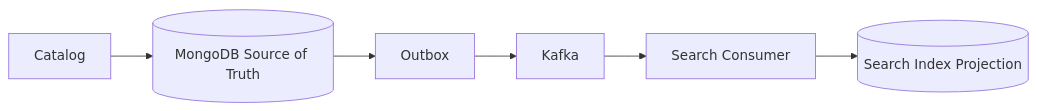
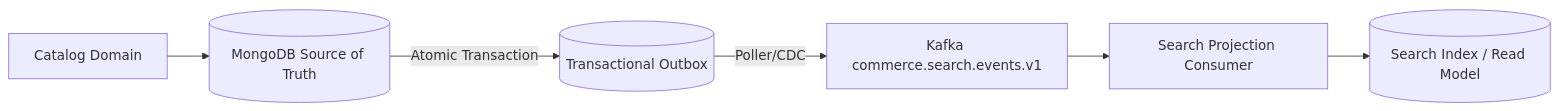
The second of 4 diagrams in docs/search/overview.md (shashikunal/rest-ecommerce-api), drawn with Mermaid before and after one commit. The commit also changed other lines of this file and 25 other files, not shown here.

````diff
--- a/docs/search/overview.md
+++ b/docs/search/overview.md
@@ -12,4 +52,8 @@
 ```mermaid
 flowchart LR
-  Catalog-->Mongo[(MongoDB Source of Truth)]-->Outbox-->Kafka-->Consumer[Search Consumer]-->Index[(Search Index Projection)]
+  Catalog[Catalog Domain]-->Mongo[(MongoDB Source of Truth)]
+  Mongo-- Atomic Transaction -->Outbox[(Transactional Outbox)]
+  Outbox-- Poller/CDC -->Kafka[Kafka commerce.search.events.v1]
+  Kafka-->SearchConsumer[Search Projection Consumer]
+  SearchConsumer-->SearchIndex[(Search Index / Read Model)]
 ```
````
